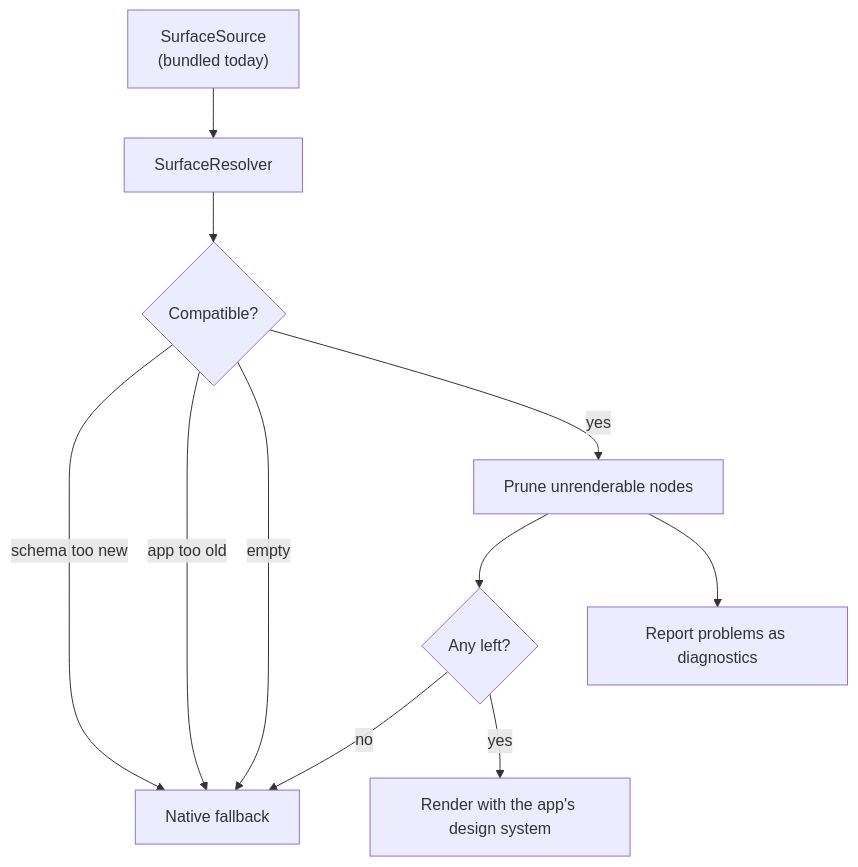
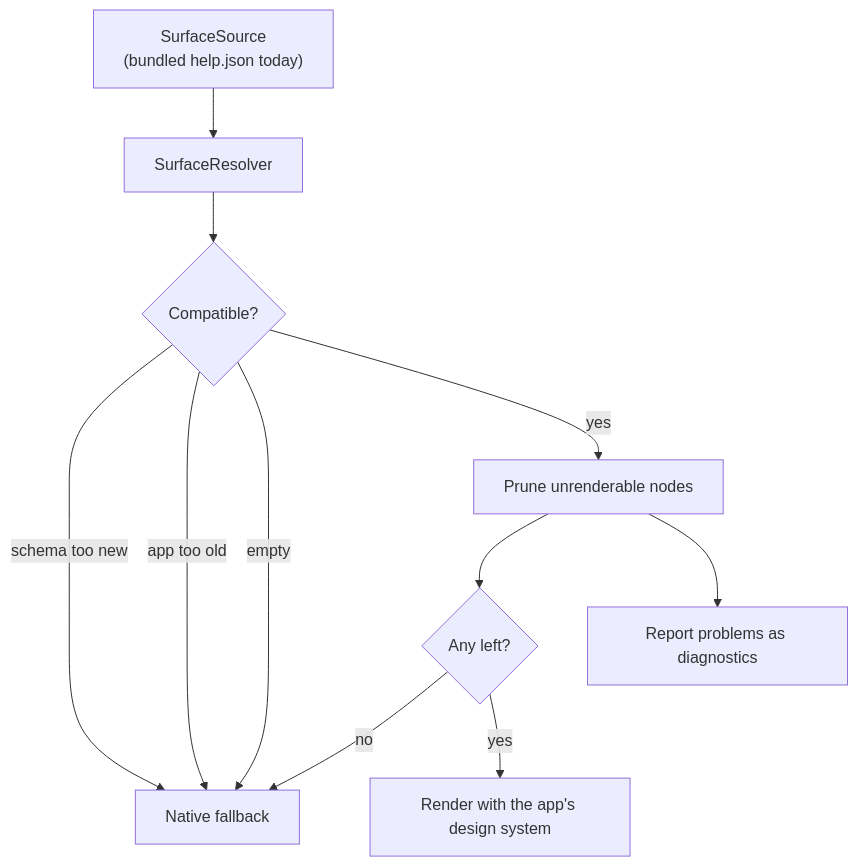
One commit to hoangsonww/2048-Game changed diagram 47 of 47 in ARCHITECTURE.md. Above: the diagram before and after it, drawn with Mermaid. The commit also changed other lines of this file, not shown here.

First line of the commit message:
Expand ARCHITECTURE.md into a full system reference.

````diff
--- a/ARCHITECTURE.md
+++ b/ARCHITECTURE.md
@@ -1547,13 +1997,13 @@
 ```mermaid
 flowchart TB
-    Source["SurfaceSource<br/>(bundled today)"] --> Resolve[SurfaceResolver]
+    Source["SurfaceSource<br/>(bundled help.json today)"] --> Resolve[SurfaceResolver]
     Resolve --> Compat{Compatible?}
     Compat -->|"schema too new"| FB[Native fallback]
     Compat -->|"app too old"| FB
     Compat -->|"empty"| FB
     Compat -->|yes| Prune[Prune unrenderable nodes]
     Prune --> Any{Any left?}
     Any -->|no| FB
     Any -->|yes| Render[Render with the app's design system]
     Prune --> Problems[Report problems as diagnostics]
 ```
````
